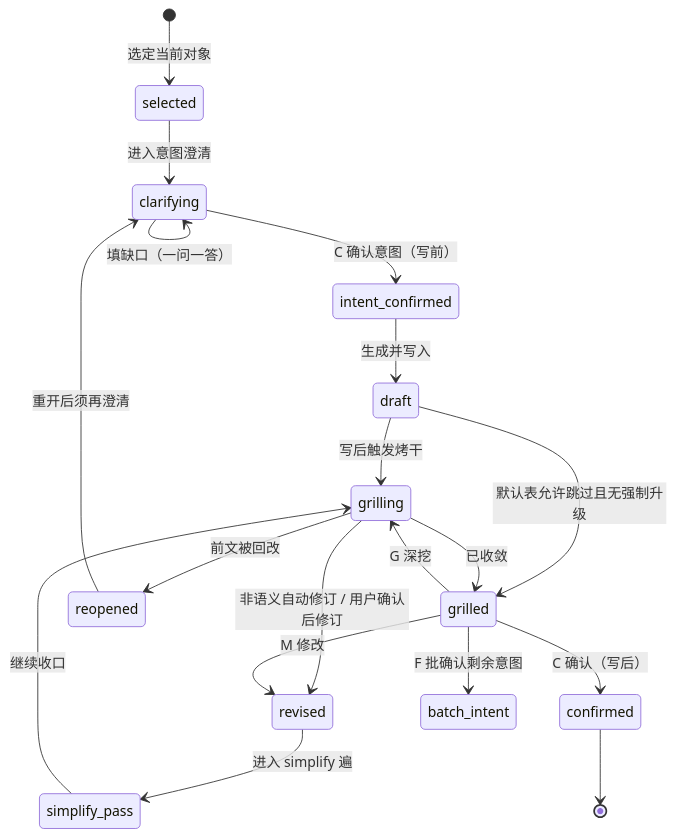
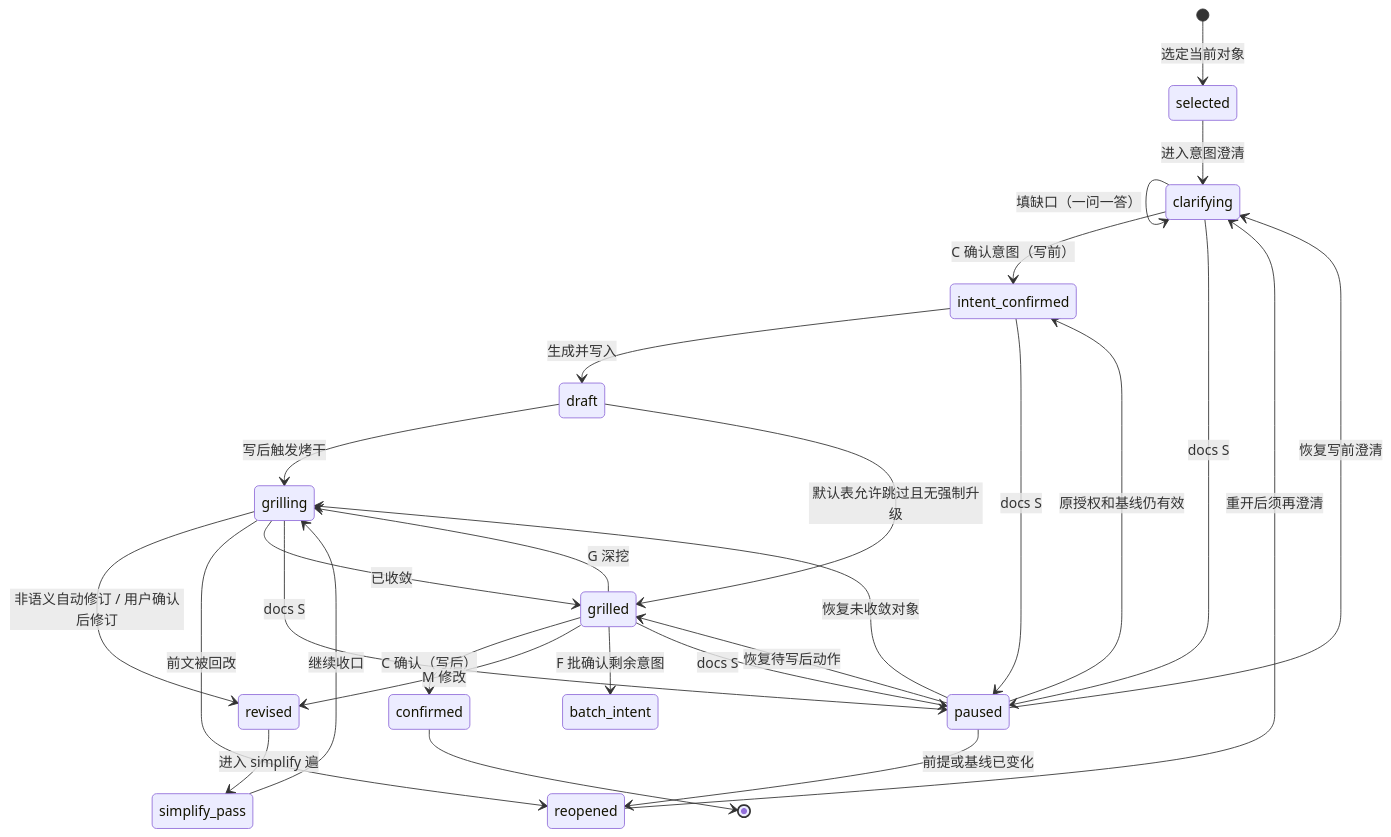
One commit to oleewen/ai-knowledge changed the diagram in agent/references/unit-cycle-protocol.md. Above: the diagram before and after it, drawn with Mermaid. The commit also changed other lines of this file and 137 other files, not shown here.

````diff
--- a/agent/references/unit-cycle-protocol.md
+++ b/agent/references/unit-cycle-protocol.md
@@ -55,21 +34,30 @@
 ```mermaid
 stateDiagram-v2
     [*] --> selected: 选定当前对象
     selected --> clarifying: 进入意图澄清
     clarifying --> clarifying: 填缺口（一问一答）
     clarifying --> intent_confirmed: C 确认意图（写前）
     intent_confirmed --> draft: 生成并写入
     draft --> grilling: 写后触发烤干
     draft --> grilled: 默认表允许跳过且无强制升级
     grilling --> revised: 非语义自动修订 / 用户确认后修订
     revised --> simplify_pass: 进入 simplify 遍
     simplify_pass --> grilling: 继续收口
     grilling --> reopened: 前文被回改
     reopened --> clarifying: 重开后须再澄清
     grilling --> grilled: 已收敛
     grilled --> confirmed: C 确认（写后）
     grilled --> revised: M 修改
     grilled --> grilling: G 深挖
     grilled --> batch_intent: F 批确认剩余意图
+    clarifying --> paused: docs S
+    intent_confirmed --> paused: docs S
+    grilling --> paused: docs S
+    grilled --> paused: docs S
+    paused --> clarifying: 恢复写前澄清
+    paused --> intent_confirmed: 原授权和基线仍有效
+    paused --> grilling: 恢复未收敛对象
+    paused --> grilled: 恢复待写后动作
+    paused --> reopened: 前提或基线已变化
     confirmed --> [*]
 ```
````
